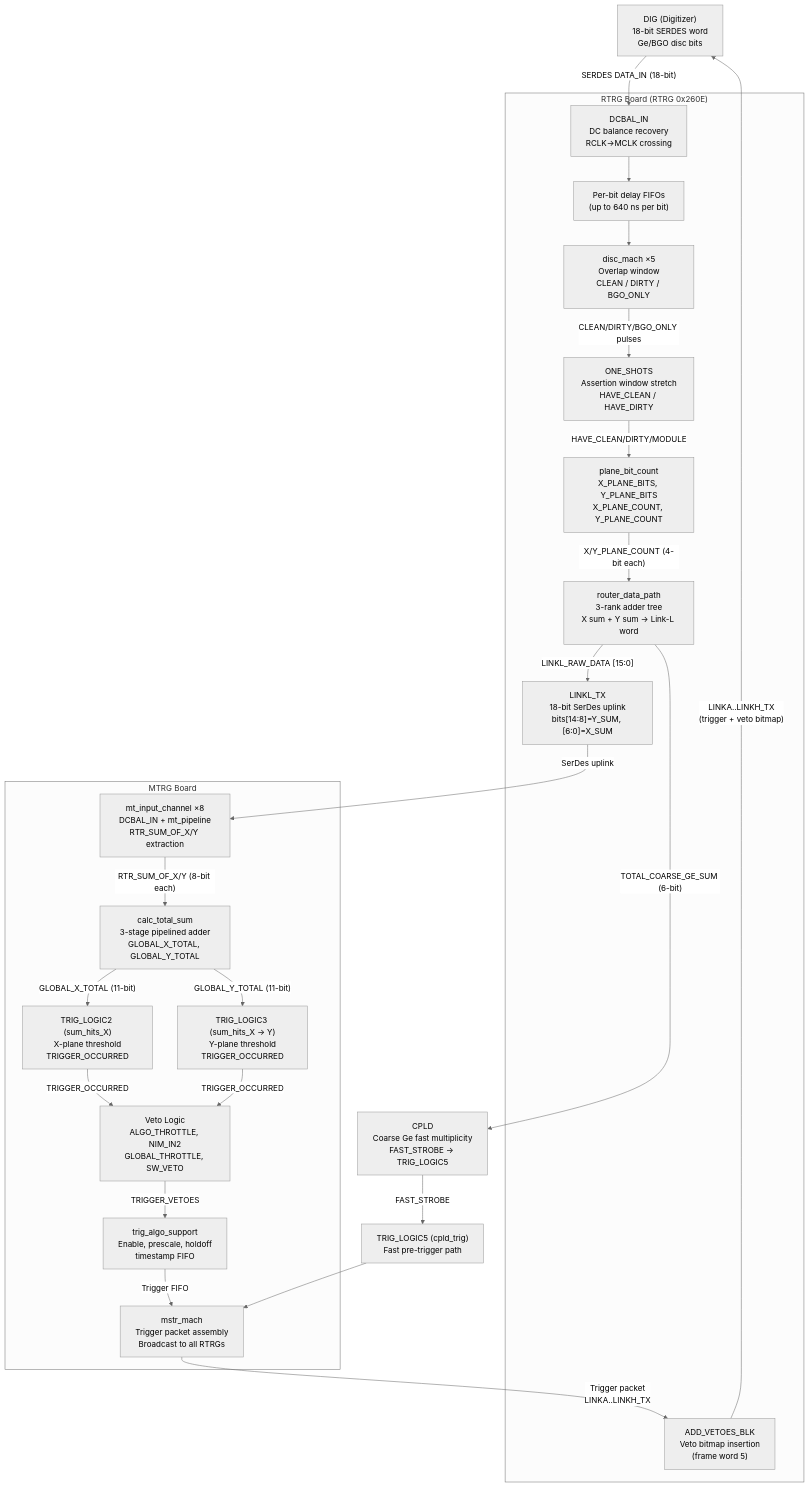
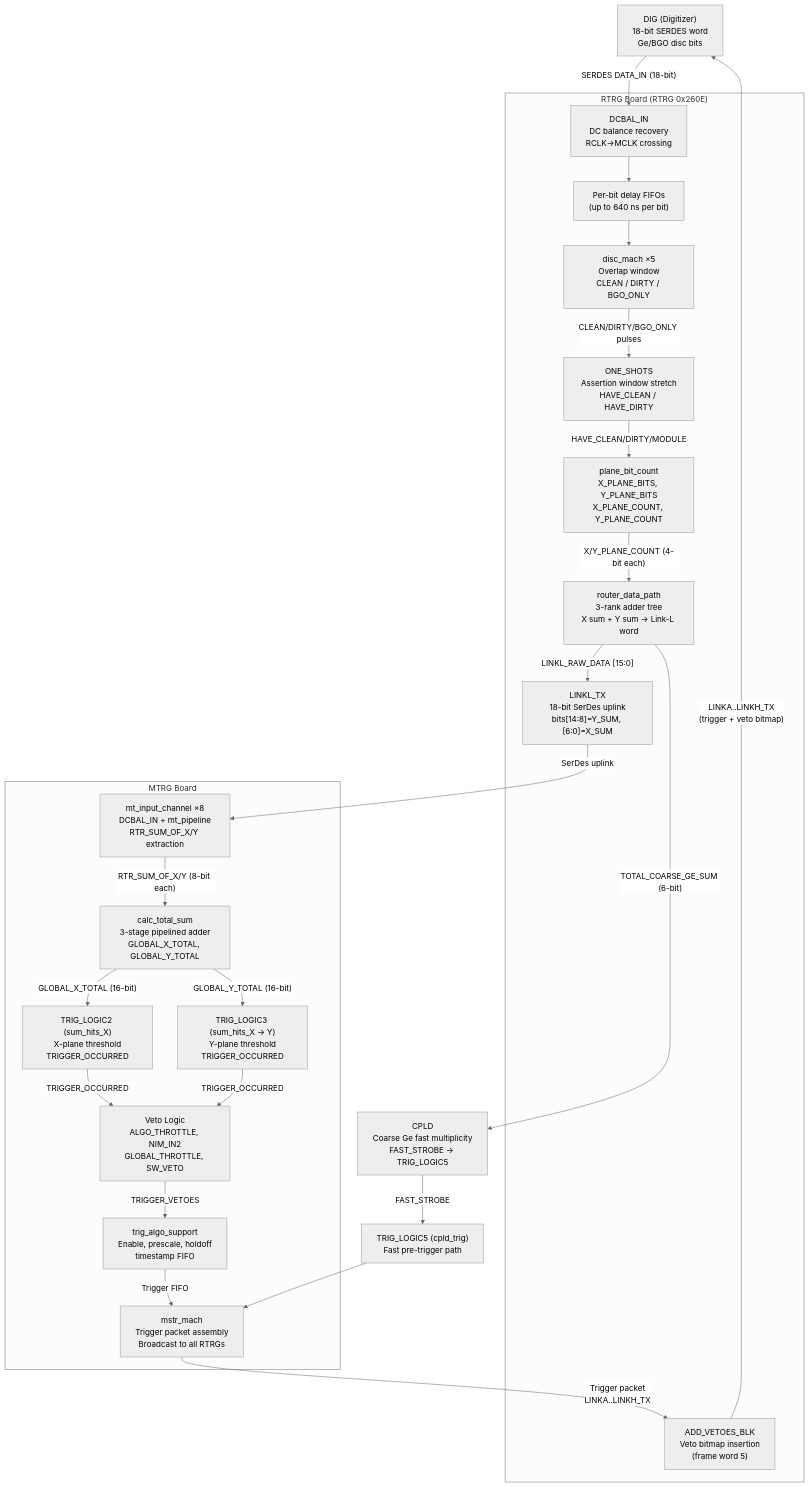
Before and after one commit to goluckyryan/DGS_docs: the diagram in 260E_trigger_scheme.md, drawn with Mermaid (neutral theme). The commit also changed other lines of this file and 35 other files, not shown here.

````diff
--- a/260E_trigger_scheme.md
+++ b/260E_trigger_scheme.md
@@ -562,51 +562,51 @@
 ```mermaid
 graph TD
     DIG["DIG (Digitizer)\n18-bit SERDES word\nGe/BGO disc bits"]
 
     subgraph RTRG ["RTRG Board (RTRG 0x260E)"]
         DCBAL_IN["DCBAL_IN\nDC balance recovery\nRCLK→MCLK crossing"]
         DELAY["Per-bit delay FIFOs\n(up to 640 ns per bit)"]
         DISC["disc_mach ×5\nOverlap window\nCLEAN / DIRTY / BGO_ONLY"]
         ONESHOTS["ONE_SHOTS\nAssertion window stretch\nHAVE_CLEAN / HAVE_DIRTY"]
         PLANEBIT["plane_bit_count\nX_PLANE_BITS, Y_PLANE_BITS\nX_PLANE_COUNT, Y_PLANE_COUNT"]
         ADDER["router_data_path\n3-rank adder tree\nX sum + Y sum → Link-L word"]
         ADDVETO["ADD_VETOES_BLK\nVeto bitmap insertion\n(frame word 5)"]
         LINKL_TX["LINKL_TX\n18-bit SerDes uplink\nbits[14:8]=Y_SUM, [6:0]=X_SUM"]
     end
 
     subgraph MTRG ["MTRG Board"]
         MT_IN["mt_input_channel ×8\nDCBAL_IN + mt_pipeline\nRTR_SUM_OF_X/Y extraction"]
         CALCSUM["calc_total_sum\n3-stage pipelined adder\nGLOBAL_X_TOTAL, GLOBAL_Y_TOTAL"]
         TRIG2["TRIG_LOGIC2 (sum_hits_X)\nX-plane threshold\nTRIGGER_OCCURRED"]
         TRIG3["TRIG_LOGIC3 (sum_hits_X → Y)\nY-plane threshold\nTRIGGER_OCCURRED"]
         VETO["Veto Logic\nALGO_THROTTLE, NIM_IN2\nGLOBAL_THROTTLE, SW_VETO"]
         SUPPORT["trig_algo_support\nEnable, prescale, holdoff\ntimestamp FIFO"]
         MSTRMACH["mstr_mach\nTrigger packet assembly\nBroadcast to all RTRGs"]
     end
 
     CPLD["CPLD\nCoarse Ge fast multiplicity\nFAST_STROBE → TRIG_LOGIC5"]
     TRIG5["TRIG_LOGIC5 (cpld_trig)\nFast pre-trigger path"]
 
     DIG -->|"SERDES DATA_IN (18-bit)"| DCBAL_IN
     DCBAL_IN --> DELAY
     DELAY --> DISC
     DISC -->|"CLEAN/DIRTY/BGO_ONLY pulses"| ONESHOTS
     ONESHOTS -->|"HAVE_CLEAN/DIRTY/MODULE"| PLANEBIT
     PLANEBIT -->|"X/Y_PLANE_COUNT (4-bit each)"| ADDER
     ADDER -->|"LINKL_RAW_DATA [15:0]"| LINKL_TX
     ADDER -->|"TOTAL_COARSE_GE_SUM (6-bit)"| CPLD
 
     LINKL_TX -->|"SerDes uplink"| MT_IN
     MT_IN -->|"RTR_SUM_OF_X/Y (8-bit each)"| CALCSUM
-    CALCSUM -->|"GLOBAL_X_TOTAL (11-bit)"| TRIG2
-    CALCSUM -->|"GLOBAL_Y_TOTAL (11-bit)"| TRIG3
+    CALCSUM -->|"GLOBAL_X_TOTAL (16-bit)"| TRIG2
+    CALCSUM -->|"GLOBAL_Y_TOTAL (16-bit)"| TRIG3
     TRIG2 -->|"TRIGGER_OCCURRED"| VETO
     TRIG3 -->|"TRIGGER_OCCURRED"| VETO
     CPLD -->|"FAST_STROBE"| TRIG5
     TRIG5 --> MSTRMACH
     VETO -->|"TRIGGER_VETOES"| SUPPORT
     SUPPORT -->|"Trigger FIFO"| MSTRMACH
 
     MSTRMACH -->|"Trigger packet\nLINKA..LINKH_TX"| ADDVETO
     ADDVETO -->|"LINKA..LINKH_TX\n(trigger + veto bitmap)"| DIG
 ```
````
